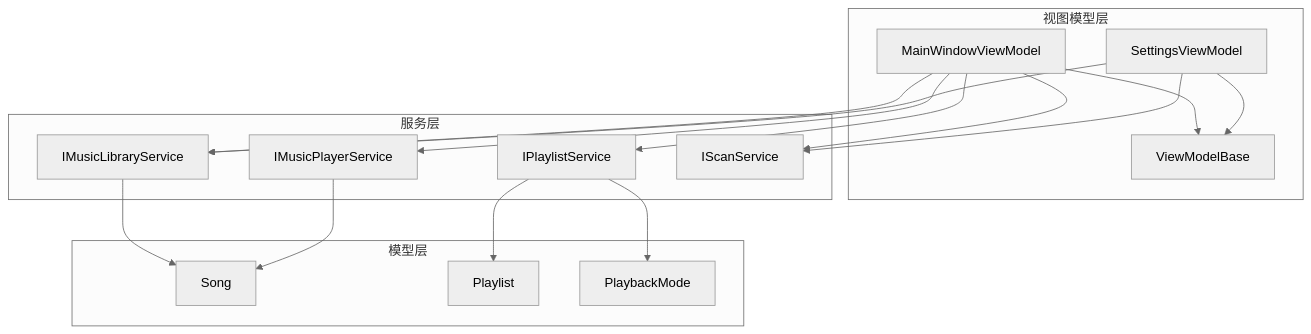
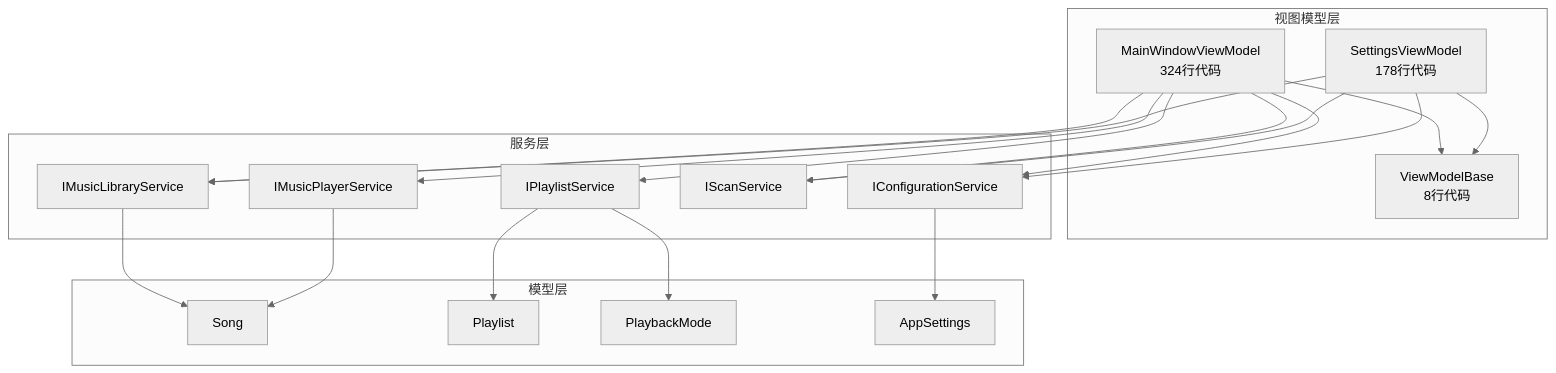
One commit to mariamjensen42-glitch/LocalMusicPlayer changed the first of 8 diagrams in .qoder/repowiki/zh/content/视图模型层/视图模型层.md. Above: the diagram before and after it, drawn with Mermaid (neutral theme). The commit also changed other lines of this file and 14 other files, not shown here.

````diff
--- a/.qoder/repowiki/zh/content/视图模型层/视图模型层.md
+++ b/.qoder/repowiki/zh/content/视图模型层/视图模型层.md
@@ -50,31 +60,36 @@
 ```mermaid
 graph TB
 subgraph "视图模型层"
-VM_Main["MainWindowViewModel"]
-VM_Settings["SettingsViewModel"]
-VM_Base["ViewModelBase"]
+VM_Main["MainWindowViewModel<br/>324行代码"]
+VM_Settings["SettingsViewModel<br/>178行代码"]
+VM_Base["ViewModelBase<br/>8行代码"]
 end
 subgraph "服务层"
 S_Player["IMusicPlayerService"]
 S_Playlist["IPlaylistService"]
 S_Library["IMusicLibraryService"]
 S_Scan["IScanService"]
+S_Config["IConfigurationService"]
 end
 subgraph "模型层"
 M_Song["Song"]
 M_Playlist["Playlist"]
 M_Mode["PlaybackMode"]
+M_AppSettings["AppSettings"]
 end
 VM_Main --> S_Player
 VM_Main --> S_Playlist
 VM_Main --> S_Library
 VM_Main --> S_Scan
+VM_Main --> S_Config
 VM_Settings --> S_Scan
 VM_Settings --> S_Library
+VM_Settings --> S_Config
 VM_Main --> VM_Base
 VM_Settings --> VM_Base
 S_Playlist --> M_Playlist
 S_Library --> M_Song
 S_Player --> M_Song
 S_Playlist --> M_Mode
+S_Config --> M_AppSettings
 ```
````
